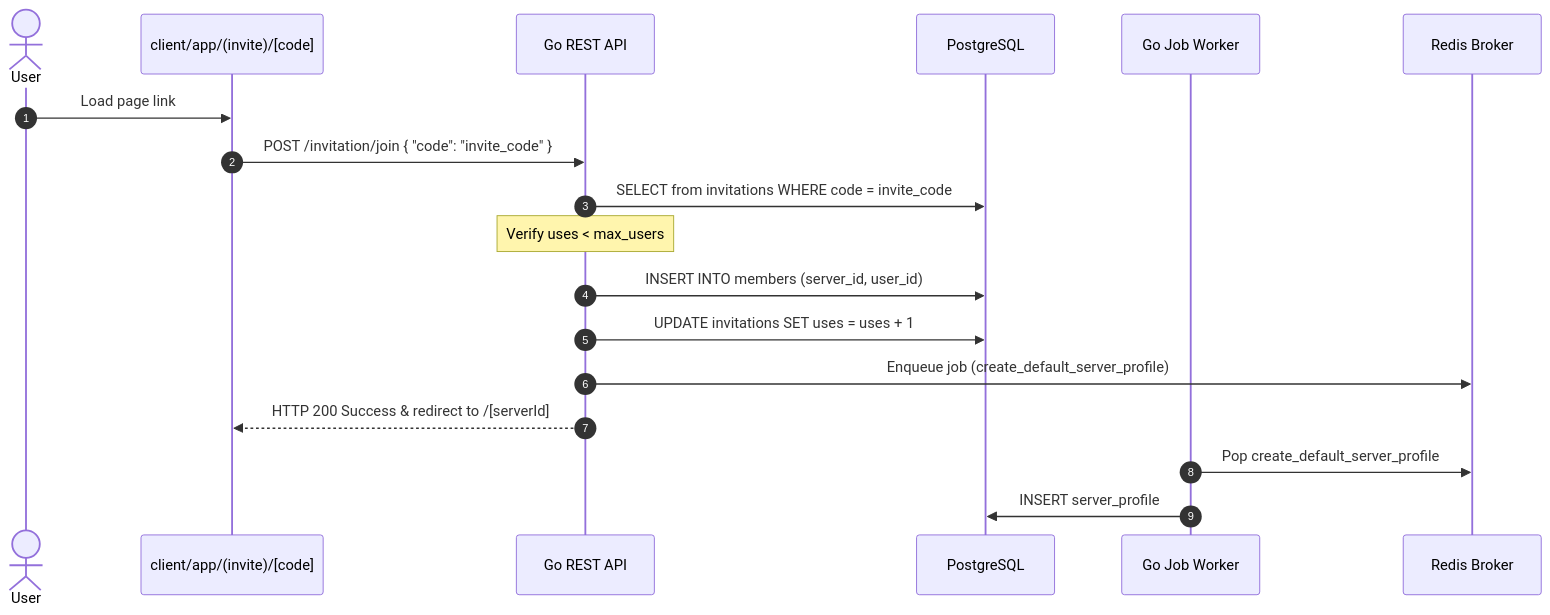
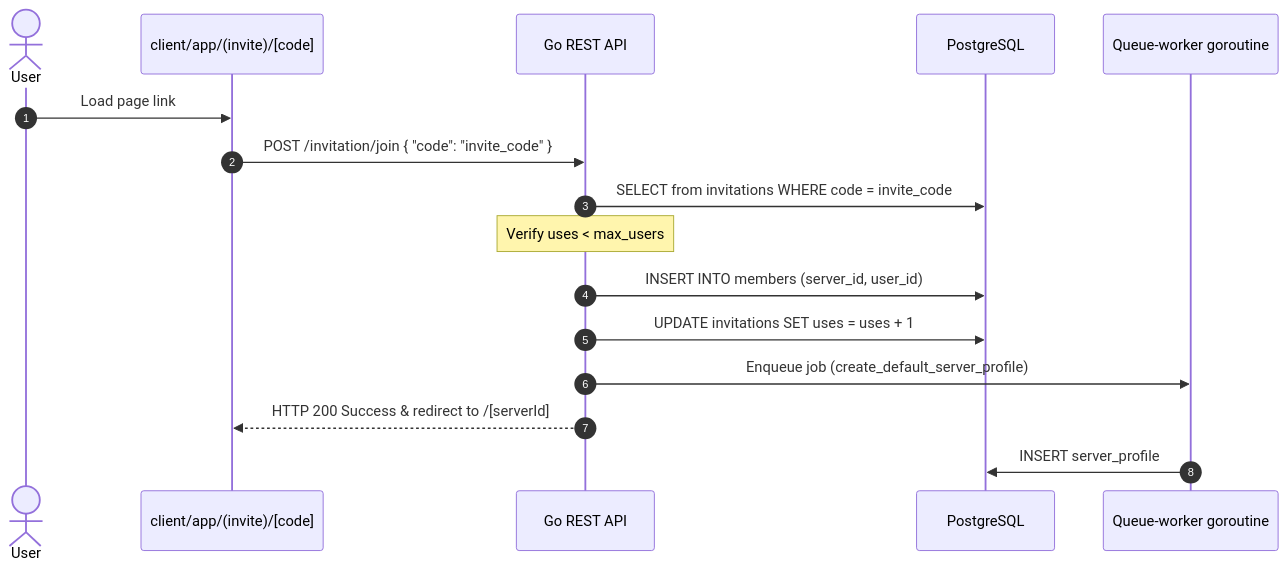
One commit to wirayuda299/cord changed the seventh of 8 diagrams in feature_flows.md. Above: the diagram before and after it, drawn with Mermaid. The commit also changed other lines of this file and 42 other files, not shown here.

````diff
--- a/feature_flows.md
+++ b/feature_flows.md
@@ -222,21 +215,19 @@
 ```mermaid
 sequenceDiagram
     autonumber
     actor User
     participant Route as client/app/(invite)/[code]
     participant API as Go REST API
     participant DB as PostgreSQL
-    participant Worker as Go Job Worker
-    participant Redis as Redis Broker
+    participant Worker as Queue-worker goroutine
 
     User->>Route: Load page link
     Route->>API: POST /invitation/join { "code": "invite_code" }
     API->>DB: SELECT from invitations WHERE code = invite_code
     Note over API: Verify uses < max_users
     API->>DB: INSERT INTO members (server_id, user_id)
     API->>DB: UPDATE invitations SET uses = uses + 1
-    API->>Redis: Enqueue job (create_default_server_profile)
+    API->>Worker: Enqueue job (create_default_server_profile)
     API-->>Route: HTTP 200 Success & redirect to /[serverId]
-    Worker->>Redis: Pop create_default_server_profile
     Worker->>DB: INSERT server_profile
 ```
````
